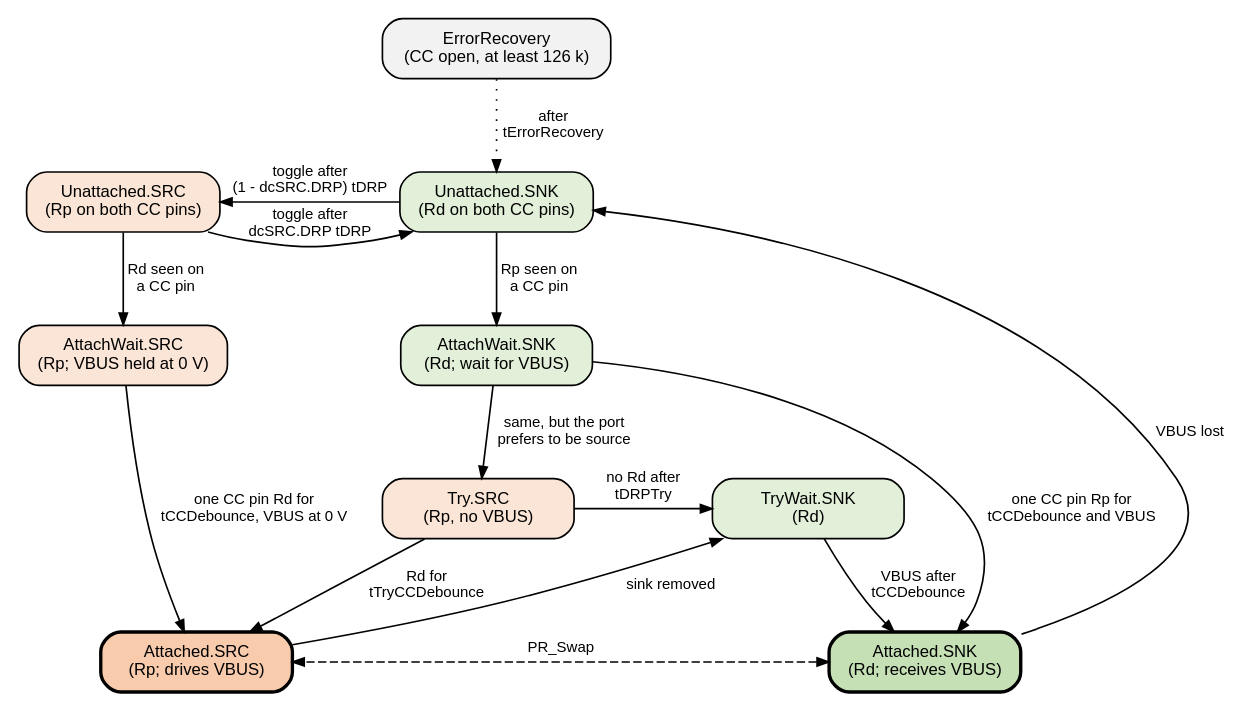
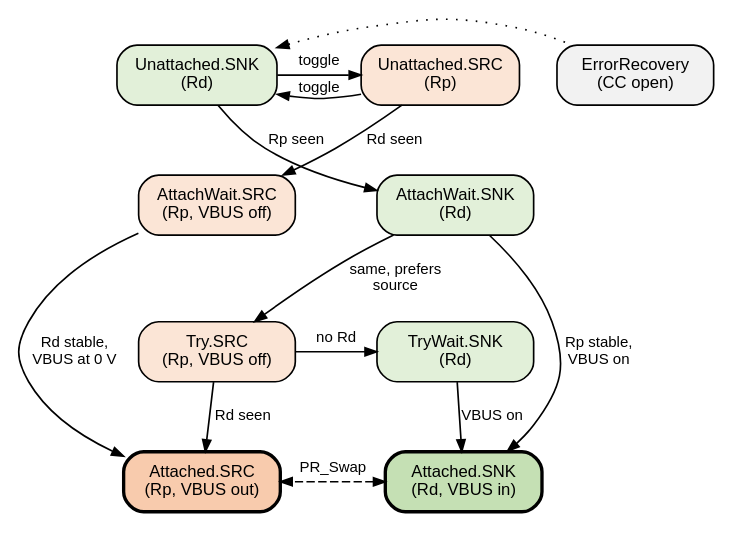
One commit to mithro/evampire changed the diagram in docs/power/usb-pd/drp-states.dot. Above: the diagram before and after it, drawn with Graphviz. The commit also changed 5 other files, not shown here.

First line of the commit message:
Make USB PD diagrams fit the page width

```diff
--- a/docs/power/usb-pd/drp-states.dot
+++ b/docs/power/usb-pd/drp-states.dot
@@ -1,43 +1,49 @@
 // Simplified USB Type-C connection state machine for a dual-role port
 // with the Try.SRC preference (Type-C Section 4.5.2.2, Figure 4-16).
 // Accessory and debug states are left out.
 //
 // SPDX-License-Identifier: Apache-2.0
 
 digraph drp_states {
-    graph [rankdir=TB, fontname="Helvetica", fontsize=11, nodesep=0.45,
-           ranksep=0.5, newrank=true];
+    graph [rankdir=TB, fontname="Helvetica", fontsize=11, nodesep=0.3,
+           ranksep=0.45, newrank=true];
     node  [shape=box, style="rounded,filled", fontname="Helvetica",
-           fontsize=10, width=1.6];
+           fontsize=10, width=1.3];
     edge  [fontname="Helvetica", fontsize=9, arrowsize=0.7];
 
-    usnk [label="Unattached.SNK\n(Rd on both CC pins)", fillcolor="#e2f0d9"];
-    usrc [label="Unattached.SRC\n(Rp on both CC pins)", fillcolor="#fbe5d6"];
-    awsnk [label="AttachWait.SNK\n(Rd; wait for VBUS)", fillcolor="#e2f0d9"];
-    awsrc [label="AttachWait.SRC\n(Rp; VBUS held at 0 V)", fillcolor="#fbe5d6"];
-    trysrc [label="Try.SRC\n(Rp, no VBUS)", fillcolor="#fbe5d6"];
+    usnk [label="Unattached.SNK\n(Rd)", fillcolor="#e2f0d9"];
+    usrc [label="Unattached.SRC\n(Rp)", fillcolor="#fbe5d6"];
+    awsnk [label="AttachWait.SNK\n(Rd)", fillcolor="#e2f0d9"];
+    awsrc [label="AttachWait.SRC\n(Rp, VBUS off)", fillcolor="#fbe5d6"];
+    trysrc [label="Try.SRC\n(Rp, VBUS off)", fillcolor="#fbe5d6"];
     twsnk [label="TryWait.SNK\n(Rd)", fillcolor="#e2f0d9"];
-    asnk [label="Attached.SNK\n(Rd; receives VBUS)", fillcolor="#c5e0b4", penwidth=2];
-    asrc [label="Attached.SRC\n(Rp; drives VBUS)", fillcolor="#f8cbad", penwidth=2];
-    err  [label="ErrorRecovery\n(CC open, at least 126 k)", fillcolor="#f2f2f2"];
+    asnk [label="Attached.SNK\n(Rd, VBUS in)", fillcolor="#c5e0b4", penwidth=2];
+    asrc [label="Attached.SRC\n(Rp, VBUS out)", fillcolor="#f8cbad", penwidth=2];
+    err  [label="ErrorRecovery\n(CC open)", fillcolor="#f2f2f2"];
 
-    { rank=same; usnk; usrc; }
-    { rank=same; awsnk; awsrc; }
+    { rank=same; usrc; usnk; err; }
+    { rank=same; awsrc; awsnk; }
     { rank=same; trysrc; twsnk; }
-    { rank=same; asnk; asrc; }
+    { rank=same; asrc; asnk; }
 
-    usnk -> usrc [label="toggle after\n(1 - dcSRC.DRP) tDRP"];
-    usrc -> usnk [label="toggle after\ndcSRC.DRP tDRP"];
-    usnk -> awsnk [label="Rp seen on\na CC pin"];
-    usrc -> awsrc [label="Rd seen on\na CC pin"];
-    awsnk -> asnk [label="one CC pin Rp for\ntCCDebounce and VBUS"];
-    awsnk -> trysrc [label="same, but the port\nprefers to be source"];
-    awsrc -> asrc [label="one CC pin Rd for\ntCCDebounce, VBUS at 0 V"];
-    trysrc -> asrc [label="Rd for\ntTryCCDebounce"];
-    trysrc -> twsnk [label="no Rd after\ntDRPTry"];
-    twsnk -> asnk [label="VBUS after\ntCCDebounce"];
+    // Left to right order within each row: source states on the left.
+    usrc -> usnk -> err [style=invis];
+    awsrc -> awsnk [style=invis];
+    trysrc -> twsnk [style=invis];
+    asrc -> asnk [style=invis];
+    awsrc -> trysrc [style=invis, weight=5];
+    awsnk -> twsnk [style=invis, weight=5];
+
+    usnk -> usrc [label="toggle"];
+    usrc -> usnk [label="toggle"];
+    usnk -> err [style=dotted, dir=back];
+    usnk -> awsnk [label="Rp seen"];
+    usrc -> awsrc [label="Rd seen"];
+    awsnk -> asnk [label="Rp stable,\nVBUS on"];
+    awsnk -> trysrc [label="same, prefers\nsource"];
+    awsrc -> asrc [label="Rd stable,\nVBUS at 0 V"];
+    trysrc -> asrc [label="Rd seen"];
+    trysrc -> twsnk [label="no Rd"];
+    twsnk -> asnk [label="VBUS on"];
     asnk -> asrc [label="PR_Swap", style=dashed, dir=both, constraint=false];
-    asnk -> usnk [label="VBUS lost", constraint=false];
-    asrc -> twsnk [label="sink removed", constraint=false];
-    err -> usnk [label="after\ntErrorRecovery", style=dotted];
 }
```
